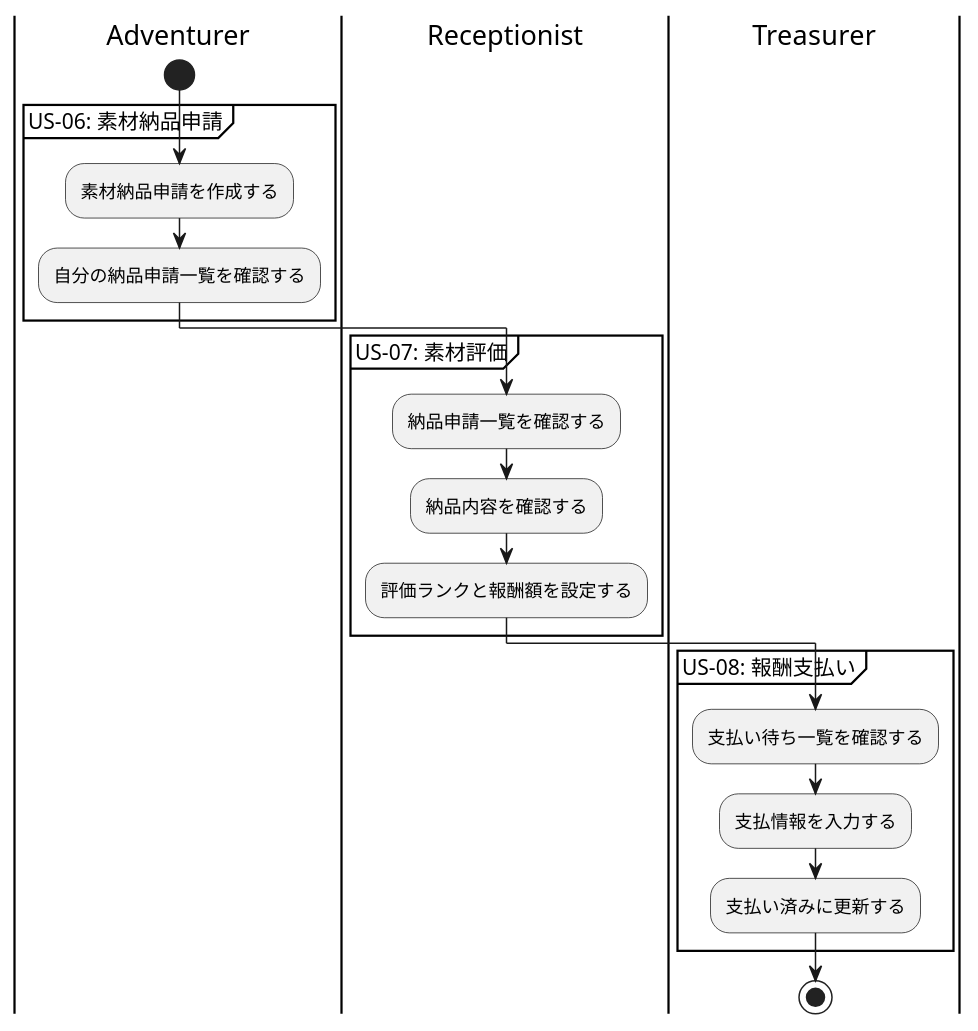
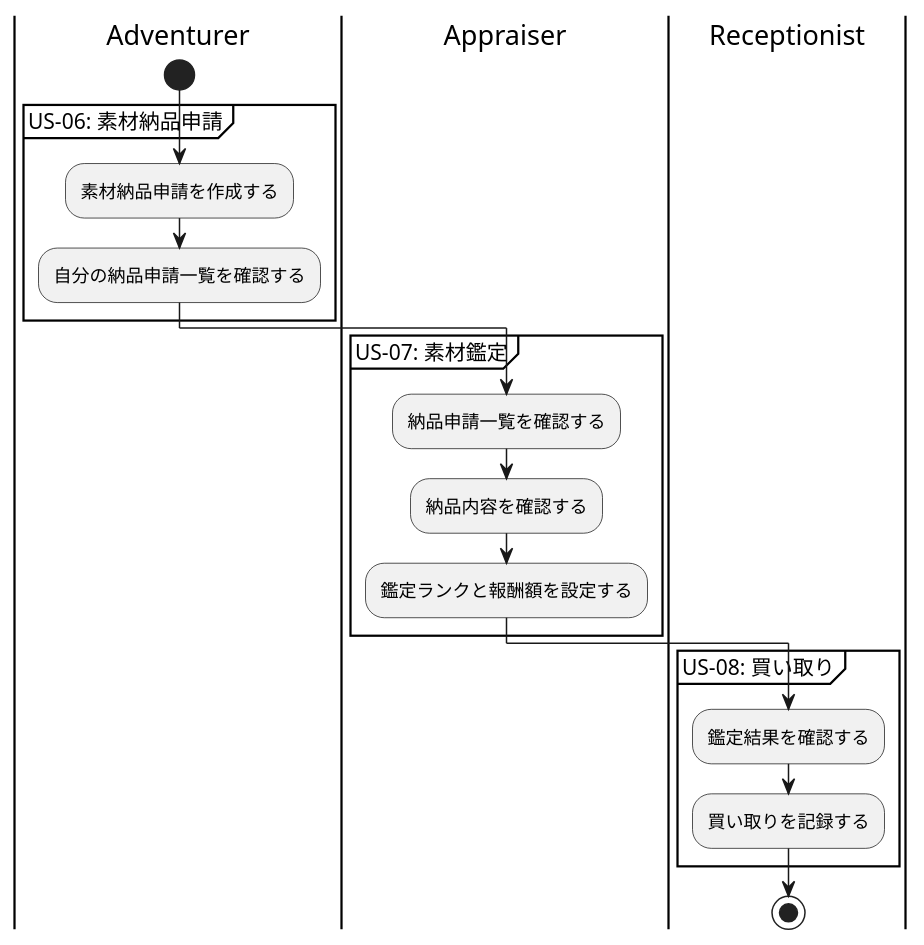
The second of 2 diagrams in docs/isekai-quest-agency.adoc (kazurego7/isekai-quest-agency), drawn with PlantUML before and after one commit. The commit also changed other lines of this file, not shown here.

Commit message:
Update user stories and flow wording

```diff
--- a/docs/isekai-quest-agency.adoc
+++ b/docs/isekai-quest-agency.adoc
@@ -139,28 +169,27 @@
 [plantuml, target="story-swimlane-material", format="svg"]
 ----
 @startuml
 ' アクティビティ図＋スイムレーン（partition）＋ group で枠を定義
 
 |Adventurer|
 start
 group US-06: 素材納品申請
   :素材納品申請を作成する;
   :自分の納品申請一覧を確認する;
 end group
 
-|Receptionist|
-group US-07: 素材評価
+|Appraiser|
+group US-07: 素材鑑定
   :納品申請一覧を確認する;
   :納品内容を確認する;
-  :評価ランクと報酬額を設定する;
+  :鑑定ランクと報酬額を設定する;
 end group
 
-|Treasurer|
-group US-08: 報酬支払い
-  :支払い待ち一覧を確認する;
-  :支払情報を入力する;
-  :支払い済みに更新する;
+|Receptionist|
+group US-08: 買い取り
+  :鑑定結果を確認する;
+  :買い取りを記録する;
 end group
 stop
 @enduml
 ----
```
